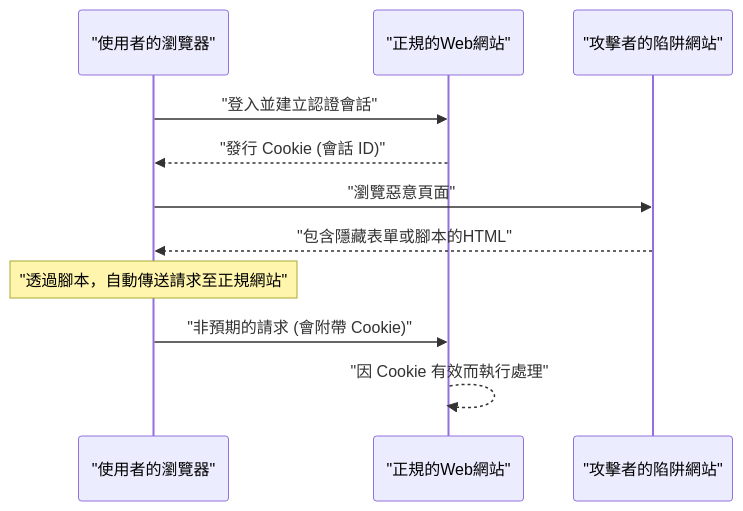
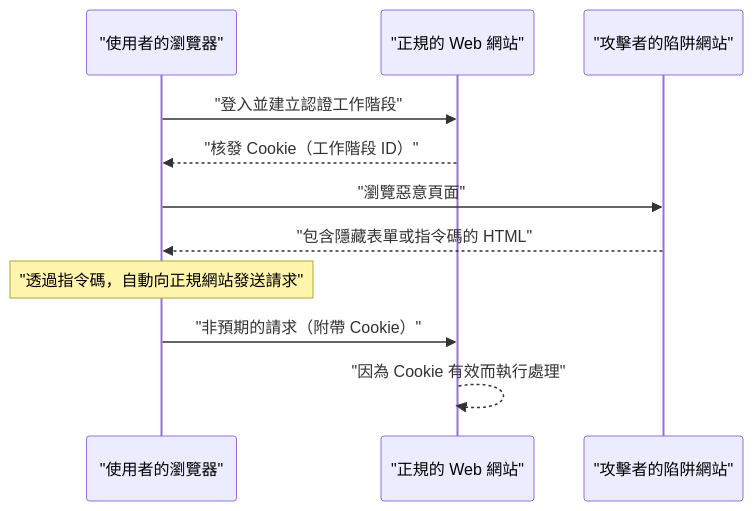
One commit to kenjinote/blog changed the second of 2 diagrams in content/post/web-application-vulnerability-owasp-top-10/index.zh-tw.md. Above: the diagram before and after it, drawn with Mermaid. The commit also changed other lines of this file and 12 other files, not shown here.

````diff
--- a/content/post/web-application-vulnerability-owasp-top-10/index.zh-tw.md
+++ b/content/post/web-application-vulnerability-owasp-top-10/index.zh-tw.md
@@ -232,16 +232,16 @@
 ```mermaid
 sequenceDiagram
     participant "使用者的瀏覽器"
-    participant "正規的Web網站"
+    participant "正規的 Web 網站"
     participant "攻擊者的陷阱網站"
 
-    "使用者的瀏覽器"->>"正規的Web網站": "登入並建立認證會話"
-    "正規的Web網站"-->>"使用者的瀏覽器": "發行 Cookie (會話 ID)"
+    "使用者的瀏覽器"->>"正規的 Web 網站": "登入並建立認證工作階段"
+    "正規的 Web 網站"-->>"使用者的瀏覽器": "核發 Cookie（工作階段 ID）"
     
     "使用者的瀏覽器"->>"攻擊者的陷阱網站": "瀏覽惡意頁面"
-    "攻擊者的陷阱網站"-->>"使用者的瀏覽器": "包含隱藏表單或腳本的HTML"
+    "攻擊者的陷阱網站"-->>"使用者的瀏覽器": "包含隱藏表單或指令碼的 HTML"
     
-    Note over "使用者的瀏覽器": "透過腳本，自動傳送請求至正規網站"
-    "使用者的瀏覽器"->>"正規的Web網站": "非預期的請求 (會附帶 Cookie)"
-    "正規的Web網站"-->>"正規的Web網站": "因 Cookie 有效而執行處理"
+    Note over "使用者的瀏覽器": "透過指令碼，自動向正規網站發送請求"
+    "使用者的瀏覽器"->>"正規的 Web 網站": "非預期的請求（附帶 Cookie）"
+    "正規的 Web 網站"-->>"正規的 Web 網站": "因為 Cookie 有效而執行處理"
 ```
````
